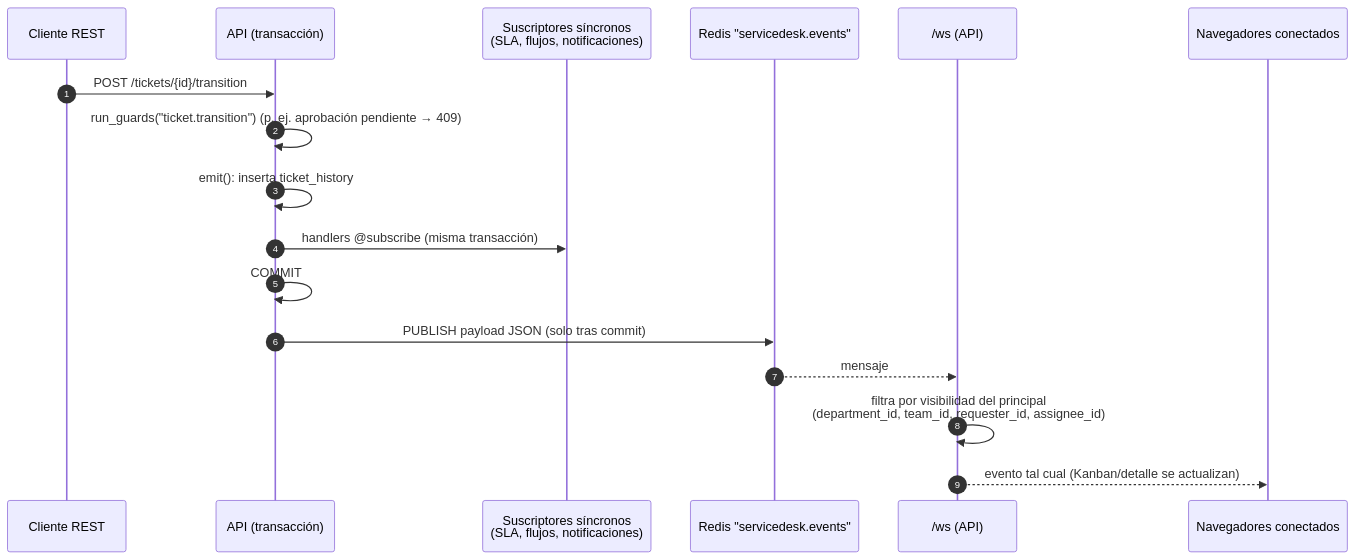
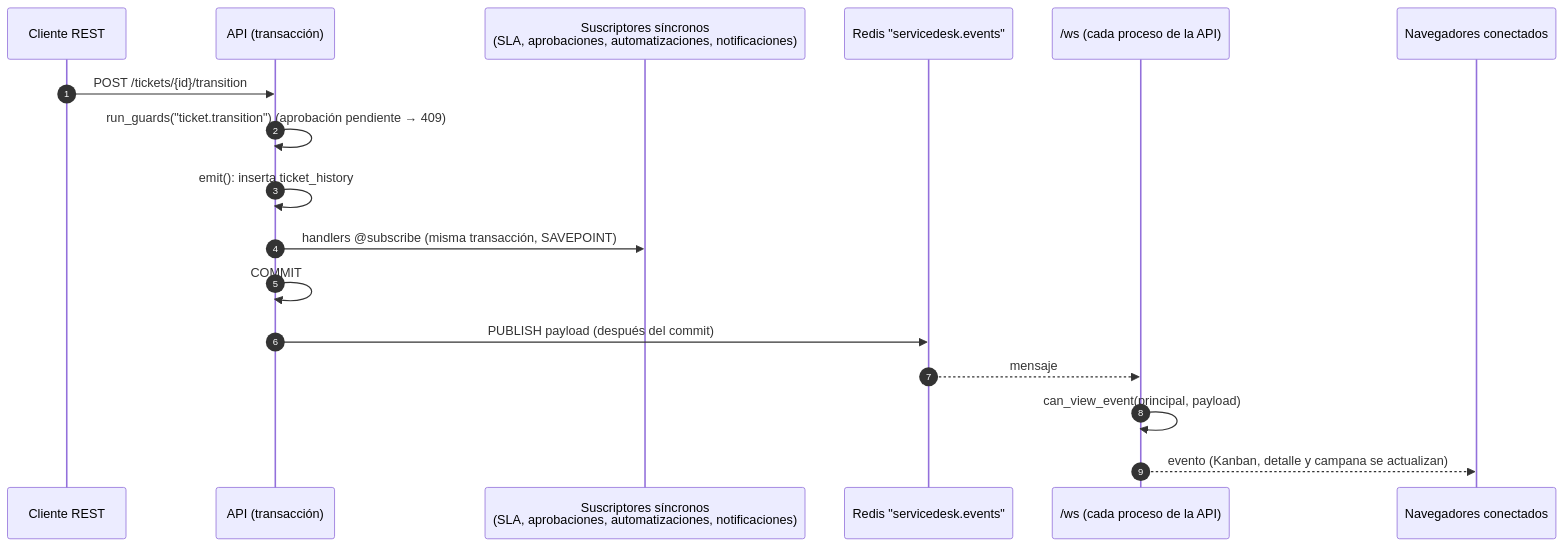
The third of 4 diagrams in docs/ARCHITECTURE.md (warosc/enerticket), drawn with Mermaid before and after one commit. The commit also changed other lines of this file and 204 other files, not shown here.

First line of the commit message:
feat: módulos Fase 2 (SLA, Kanban en tiempo real, aprobaciones, automatizaciones, adjuntos, reportes) y despliegue de producción

````diff
--- a/docs/ARCHITECTURE.md
+++ b/docs/ARCHITECTURE.md
@@ -133,19 +156,19 @@
 ```mermaid
 sequenceDiagram
     autonumber
     participant C as Cliente REST
     participant A as API (transacción)
-    participant S as Suscriptores síncronos<br/>(SLA, flujos, notificaciones)
+    participant S as Suscriptores síncronos<br/>(SLA, aprobaciones, automatizaciones, notificaciones)
     participant R as Redis "servicedesk.events"
-    participant W as /ws (API)
+    participant W as /ws (cada proceso de la API)
     participant B as Navegadores conectados
     C->>A: POST /tickets/{id}/transition
-    A->>A: run_guards("ticket.transition") (p. ej. aprobación pendiente → 409)
+    A->>A: run_guards("ticket.transition") (aprobación pendiente → 409)
     A->>A: emit(): inserta ticket_history
-    A->>S: handlers @subscribe (misma transacción)
+    A->>S: handlers @subscribe (misma transacción, SAVEPOINT)
     A->>A: COMMIT
-    A->>R: PUBLISH payload JSON (solo tras commit)
+    A->>R: PUBLISH payload (después del commit)
     R-->>W: mensaje
-    W->>W: filtra por visibilidad del principal<br/>(department_id, team_id, requester_id, assignee_id)
-    W-->>B: evento tal cual (Kanban/detalle se actualizan)
+    W->>W: can_view_event(principal, payload)
+    W-->>B: evento (Kanban, detalle y campana se actualizan)
 ```
````
